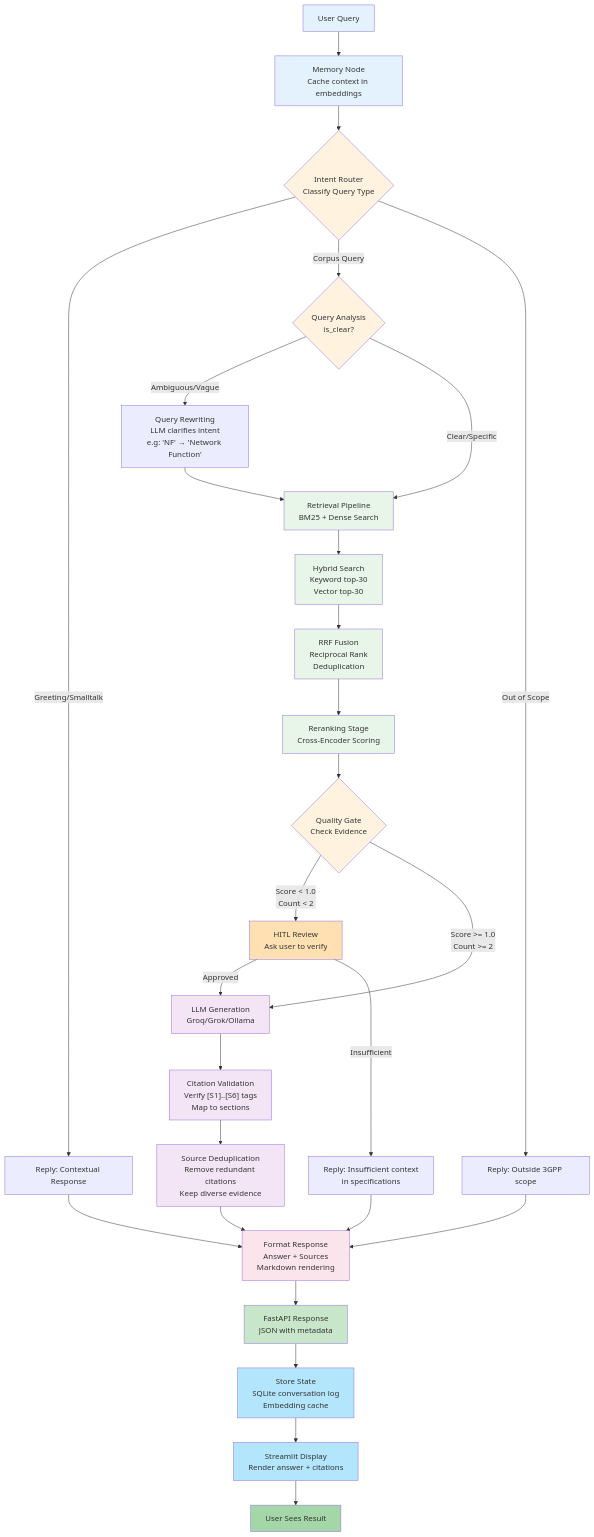
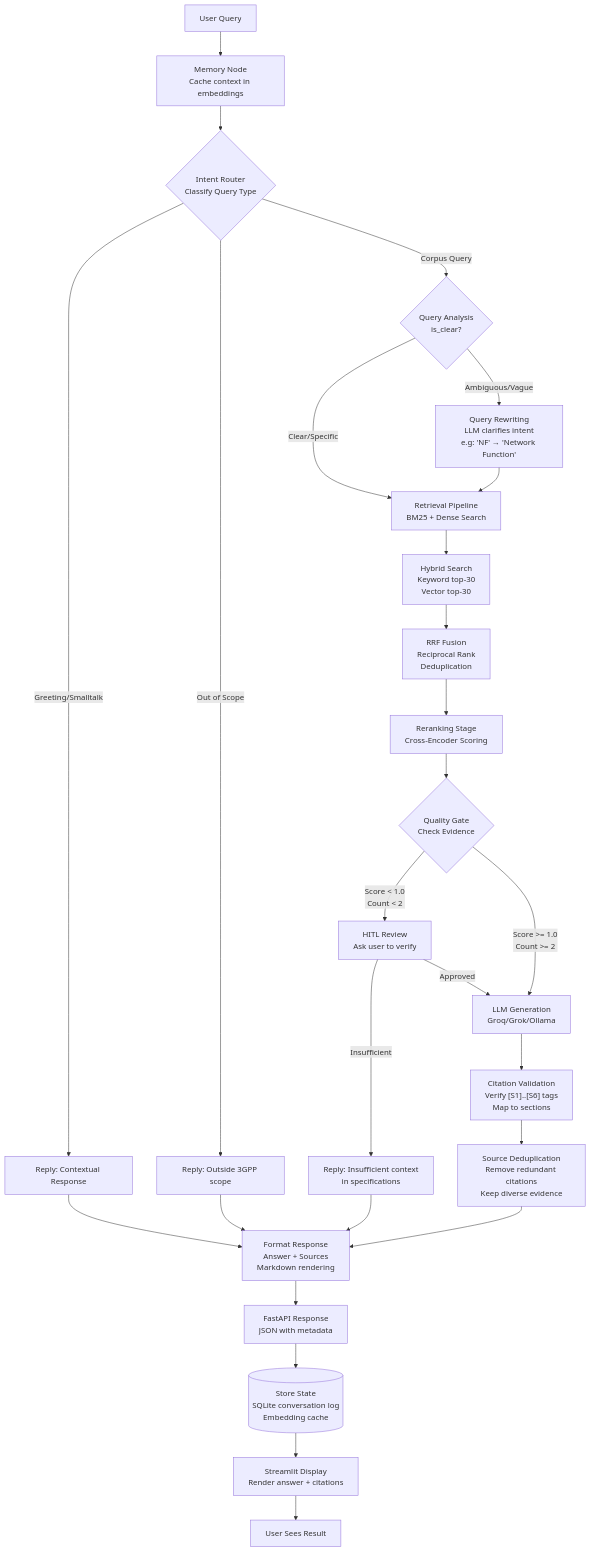
One commit to P-Saroha/mavenir-3GPP-RAG changed the diagram in README.md. Above: the diagram before and after it, drawn with Mermaid. The commit also changed other lines of this file, not shown here.

Commit message:
project workflow is added in readme file

````diff
--- a/README.md
+++ b/README.md
@@ -12,73 +39,29 @@
 ```mermaid
 flowchart TD
-    Start[User Query] --> Memory["Memory Node<br/>Cache context in embeddings"]
-    
-    Memory --> Router{Intent Router<br/>Classify Query Type}
-    
-    Router -->|Greeting/Smalltalk| Greet["Reply: Contextual Response"]
-    
-    Router -->|Corpus Query| QueryCheck{Query Analysis<br/>is_clear?}
-    
-    Router -->|Out of Scope| OOS["Reply: Outside 3GPP scope"]
-    
-    QueryCheck -->|Ambiguous/Vague| Rewrite["Query Rewriting<br/>LLM clarifies intent<br/>e.g: 'NF' → 'Network Function'"]
-    
-    QueryCheck -->|Clear/Specific| Retrieve["Retrieval Pipeline<br/>BM25 + Dense Search"]
-    
-    Rewrite --> Retrieve
-    
-    Retrieve --> Hybrid["Hybrid Search<br/>Keyword top-30<br/>Vector top-30"]
-    
-    Hybrid --> Fusion["RRF Fusion<br/>Reciprocal Rank<br/>Deduplication"]
-    
-    Fusion --> Rerank["Reranking Stage<br/>Cross-Encoder Scoring"]
-    
-    Rerank --> QualityGate{Quality Gate<br/>Check Evidence}
-    
-    QualityGate -->|Score < 1.0<br/>Count < 2| ReviewContext["HITL Review<br/>Ask user to verify"]
-    
-    ReviewContext -->|Approved| Generate["LLM Generation<br/>Groq/Grok/Ollama"]
-    
-    ReviewContext -->|Insufficient| NoContext["Reply: Insufficient context<br/>in specifications"]
-    
-    QualityGate -->|Score >= 1.0<br/>Count >= 2| Generate
-    
-    Generate --> CitationVal["Citation Validation<br/>Verify [S1]..[S6] tags<br/>Map to sections"]
-    
-    CitationVal --> Dedup["Source Deduplication<br/>Remove redundant citations<br/>Keep diverse evidence"]
-    
-    Dedup --> FinalResp["Format Response<br/>Answer + Sources<br/>Markdown rendering"]
-    
-    Greet --> FinalResp
-    
-    OOS --> FinalResp
-    
-    NoContext --> FinalResp
-    
-    FinalResp --> API["FastAPI Response<br/>JSON with metadata"]
-    
-    API --> StateStore["Store State<br/>SQLite conversation log<br/>Embedding cache"]
-    
-    StateStore --> UI["Streamlit Display<br/>Render answer + citations"]
-    
-    UI --> End[User Sees Result]
-    
-    style Start fill:#e3f2fd
-    style Memory fill:#e3f2fd
-    style Router fill:#fff3e0
-    style QueryCheck fill:#fff3e0
-    style QualityGate fill:#fff3e0
-    style Retrieve fill:#e8f5e9
-    style Hybrid fill:#e8f5e9
-    style Fusion fill:#e8f5e9
-    style Rerank fill:#e8f5e9
-    style ReviewContext fill:#ffe0b2
-    style Generate fill:#f3e5f5
-    style CitationVal fill:#f3e5f5
-    style Dedup fill:#f3e5f5
-    style FinalResp fill:#fce4ec
-    style API fill:#c8e6c9
-    style StateStore fill:#b3e5fc
-    style UI fill:#b3e5fc
-    style End fill:#a5d6a7
+    U[User Query] --> M["Memory Node<br/>Cache context in embeddings"]
+    M --> R{Intent Router<br/>Classify Query Type}
+    R -->|Greeting/Smalltalk| G["Reply: Contextual Response"]
+    R -->|Out of Scope| OOS["Reply: Outside 3GPP scope"]
+    R -->|Corpus Query| QC{Query Analysis<br/>is_clear?}
+    QC -->|Ambiguous/Vague| RW["Query Rewriting<br/>LLM clarifies intent<br/>e.g: 'NF' → 'Network Function'"]
+    QC -->|Clear/Specific| RT["Retrieval Pipeline<br/>BM25 + Dense Search"]
+    RW --> RT
+    RT --> H["Hybrid Search<br/>Keyword top-30<br/>Vector top-30"]
+    H --> FU["RRF Fusion<br/>Reciprocal Rank<br/>Deduplication"]
+    FU --> RE["Reranking Stage<br/>Cross-Encoder Scoring"]
+    RE --> QG{Quality Gate<br/>Check Evidence}
+    QG -->|Score < 1.0<br/>Count < 2| HITL["HITL Review<br/>Ask user to verify"]
+    HITL -->|Approved| L["LLM Generation<br/>Groq/Grok/Ollama"]
+    HITL -->|Insufficient| NC["Reply: Insufficient context<br/>in specifications"]
+    QG -->|Score >= 1.0<br/>Count >= 2| L
+    L --> CV["Citation Validation<br/>Verify [S1]..[S6] tags<br/>Map to sections"]
+    CV --> DD["Source Deduplication<br/>Remove redundant citations<br/>Keep diverse evidence"]
+    G --> F["Format Response<br/>Answer + Sources<br/>Markdown rendering"]
+    OOS --> F
+    NC --> F
+    DD --> F
+    F --> API["FastAPI Response<br/>JSON with metadata"]
+    API --> DB[("Store State<br/>SQLite conversation log<br/>Embedding cache")]
+    DB --> UI["Streamlit Display<br/>Render answer + citations"]
+    UI --> E[User Sees Result]
 ```
````
